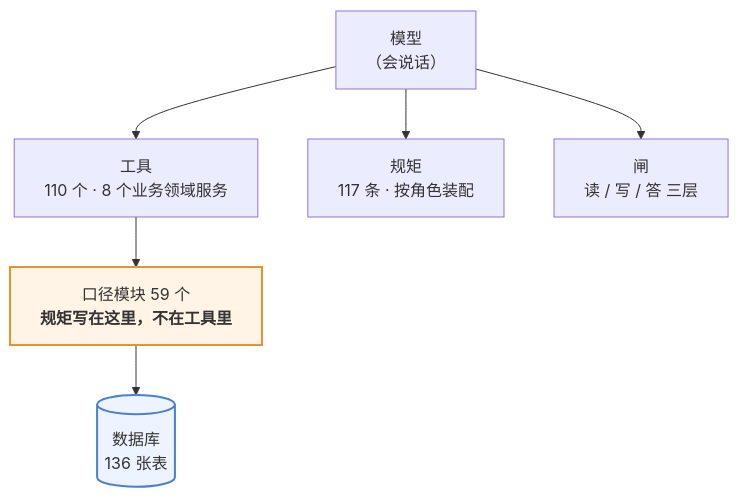
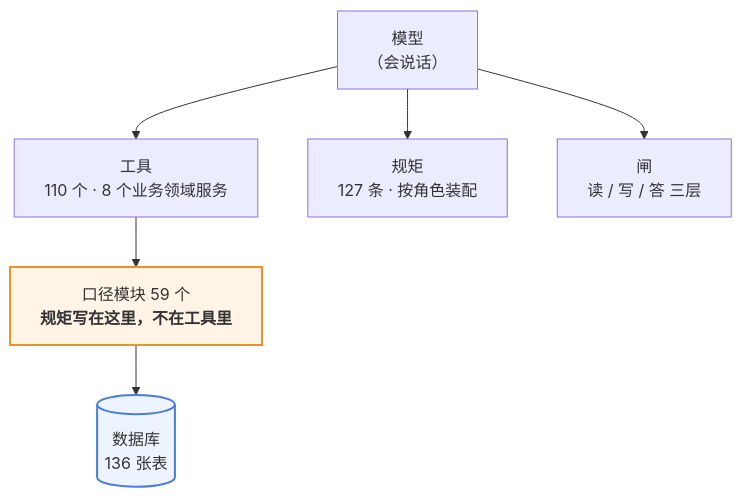
One commit to 843773296-rgb/lanxiu-yunshang-agent changed the first of 3 diagrams in 澜绣云裳agent-产品说明.md. Above: the diagram before and after it, drawn with Mermaid. The commit also changed other lines of this file and 7 other files, not shown here.

````diff
--- a/澜绣云裳agent-产品说明.md
+++ b/澜绣云裳agent-产品说明.md
@@ -62,12 +62,12 @@
 ```mermaid
 flowchart TD
     M["模型<br/>（会说话）"]
     M --> T["工具<br/>110 个 · 8 个业务领域服务"]
-    M --> R["规矩<br/>117 条 · 按角色装配"]
+    M --> R["规矩<br/>127 条 · 按角色装配"]
     M --> G["闸<br/>读 / 写 / 答 三层"]
     T --> K["口径模块 59 个<br/><b>规矩写在这里，不在工具里</b>"]
     K --> DB[("数据库<br/>136 张表")]
 
     style K fill:#fff4e6,stroke:#e8912d,stroke-width:2px
     style DB fill:#eef4ff,stroke:#4a7fd4,stroke-width:2px
 ```
````
